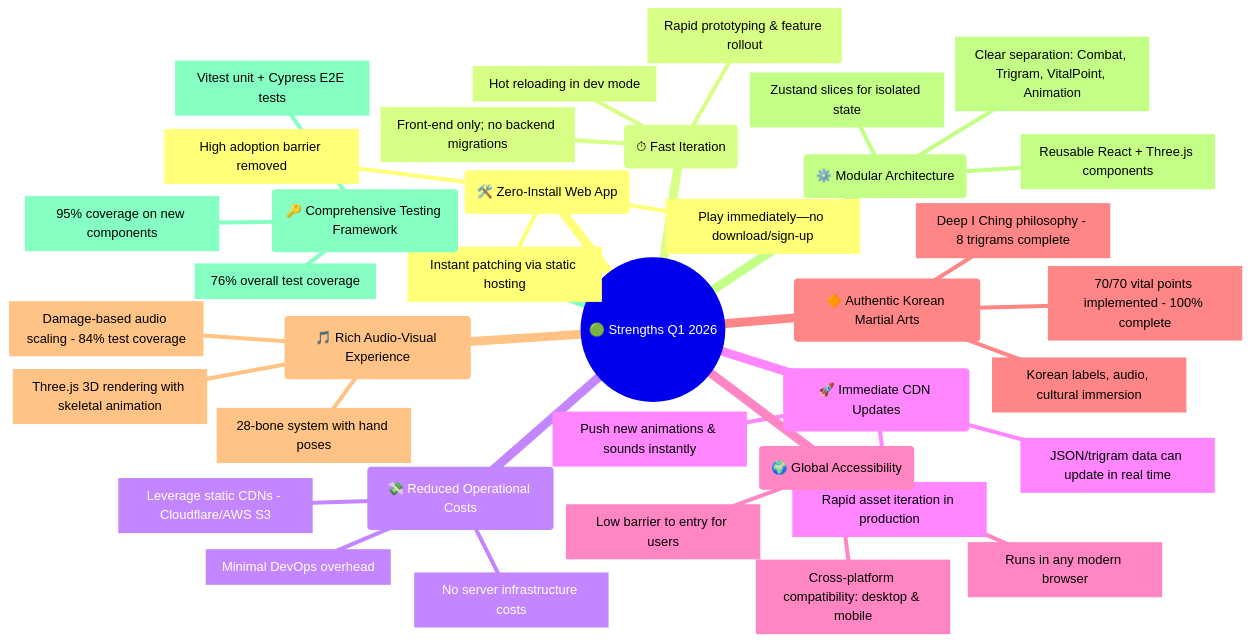
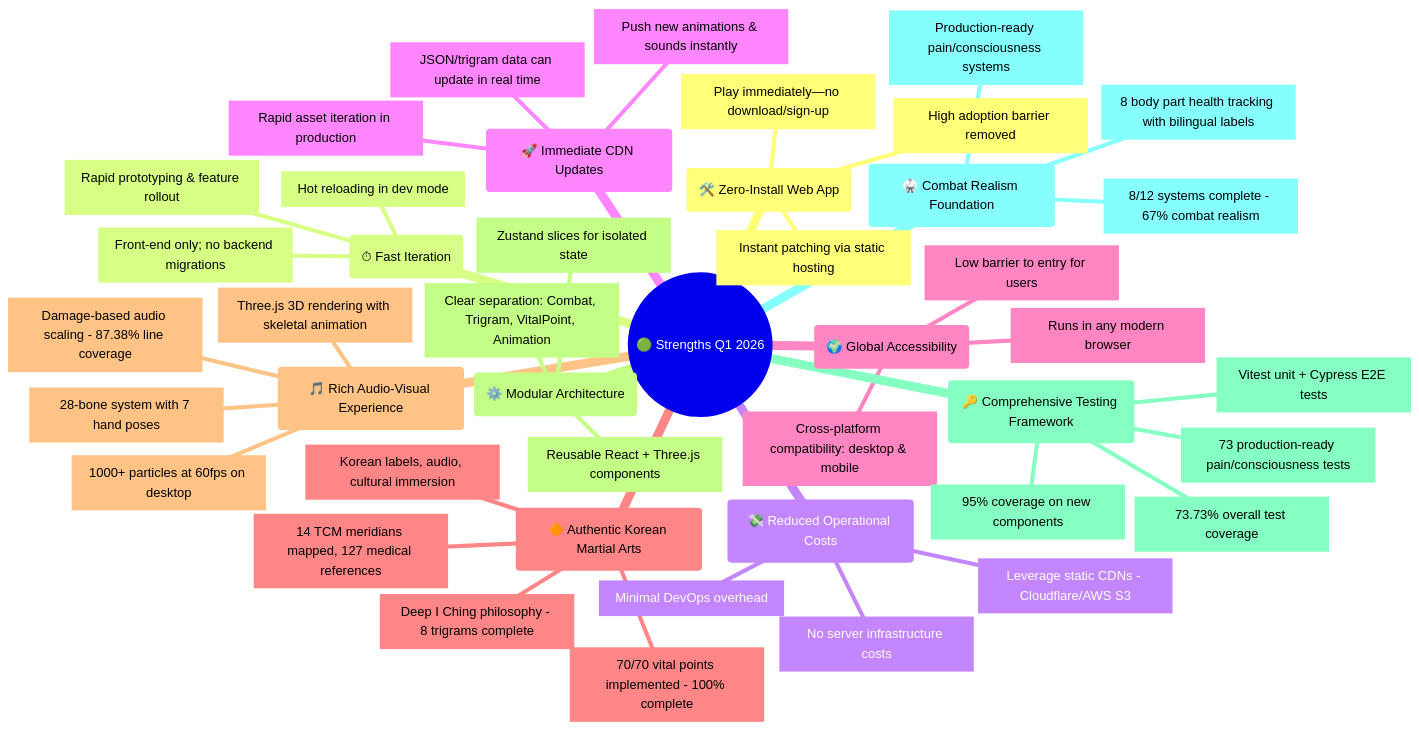
Before and after one commit to Hack23/blacktrigram: the ninth of 22 diagrams in docs/api/media/ARCHITECTURE.md, drawn with Mermaid. The commit also changed other lines of this file and 1833 other files, not shown here.

````diff
--- a/docs/api/media/ARCHITECTURE.md
+++ b/docs/api/media/ARCHITECTURE.md
@@ -1377,40 +1516,47 @@
 ```mermaid
 mindmap
   root((🟢 Strengths Q1 2026))
     id1(🛠️ Zero-Install Web App)
       id1.1[Play immediately—no download/sign-up]
       id1.2[Instant patching via static hosting]
       id1.3[High adoption barrier removed]
     id2(⏱ Fast Iteration)
       id2.1[Front-end only; no backend migrations]
       id2.2[Rapid prototyping & feature rollout]
       id2.3[Hot reloading in dev mode]
     id3(💸 Reduced Operational Costs)
       id3.1[No server infrastructure costs]
       id3.2[Leverage static CDNs - Cloudflare/AWS S3]
       id3.3[Minimal DevOps overhead]
     id4(🚀 Immediate CDN Updates)
       id4.1[Push new animations & sounds instantly]
       id4.2[JSON/trigram data can update in real time]
       id4.3[Rapid asset iteration in production]
     id5(🌍 Global Accessibility)
       id5.1[Runs in any modern browser]
       id5.2[Cross-platform compatibility: desktop & mobile]
       id5.3[Low barrier to entry for users]
     id6(🔶 Authentic Korean Martial Arts)
       id6.1[Deep I Ching philosophy - 8 trigrams complete]
       id6.2[70/70 vital points implemented - 100% complete]
       id6.3[Korean labels, audio, cultural immersion]
+      id6.4[14 TCM meridians mapped, 127 medical references]
     id7(🎵 Rich Audio-Visual Experience)
       id7.1[Three.js 3D rendering with skeletal animation]
-      id7.2[28-bone system with hand poses]
-      id7.3[Damage-based audio scaling - 84% test coverage]
+      id7.2[28-bone system with 7 hand poses]
+      id7.3[Damage-based audio scaling - 87.38% line coverage]
+      id7.4[1000+ particles at 60fps on desktop]
     id8(⚙️ Modular Architecture)
       id8.1[Clear separation: Combat, Trigram, VitalPoint, Animation]
       id8.2[Reusable React + Three.js components]
       id8.3[Zustand slices for isolated state]
     id9(🔑 Comprehensive Testing Framework)
-      id9.1[76% overall test coverage]
+      id9.1[73.73% overall test coverage]
       id9.2[95% coverage on new components]
       id9.3[Vitest unit + Cypress E2E tests]
+      id9.4[73 production-ready pain/consciousness tests]
+    id10(🥋 Combat Realism Foundation)
+      id10.1[8/12 systems complete - 67% combat realism]
+      id10.2[Production-ready pain/consciousness systems]
+      id10.3[8 body part health tracking with bilingual labels]
 ```
````
